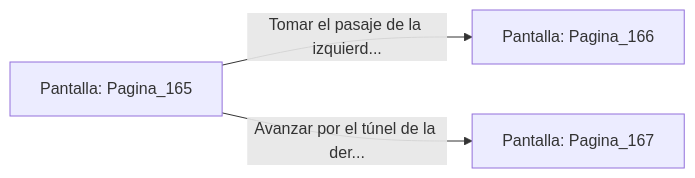
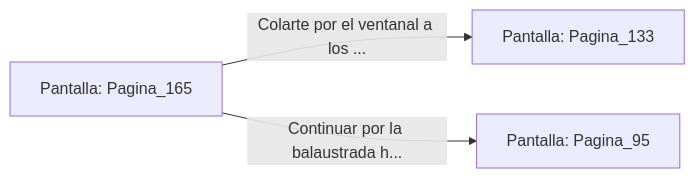
One commit to metsuke/mpl changed the diagram in sample/eligejuego-vault/Pantalla_Pagina_165.md. Above: the diagram before and after it, drawn with Mermaid. The commit also changed other lines of this file and 635 other files, not shown here.

First line of the commit message:
fix: añadir Pagina_1 como pantalla inicial en capitulo_01.mpl

````diff
--- a/sample/eligejuego-vault/Pantalla_Pagina_165.md
+++ b/sample/eligejuego-vault/Pantalla_Pagina_165.md
@@ -20,6 +24,6 @@
 ```mermaid
 graph LR
     P_Pagina_165["Pantalla: Pagina_165"]
-    P_Pagina_165 -->|"Tomar el pasaje de la izquierd..."| P_Pagina_166["Pantalla: Pagina_166"]
-    P_Pagina_165 -->|"Avanzar por el túnel de la der..."| P_Pagina_167["Pantalla: Pagina_167"]
+    P_Pagina_165 -->|"Colarte por el ventanal a los ..."| P_Pagina_133["Pantalla: Pagina_133"]
+    P_Pagina_165 -->|"Continuar por la balaustrada h..."| P_Pagina_95["Pantalla: Pagina_95"]
 ```
````
